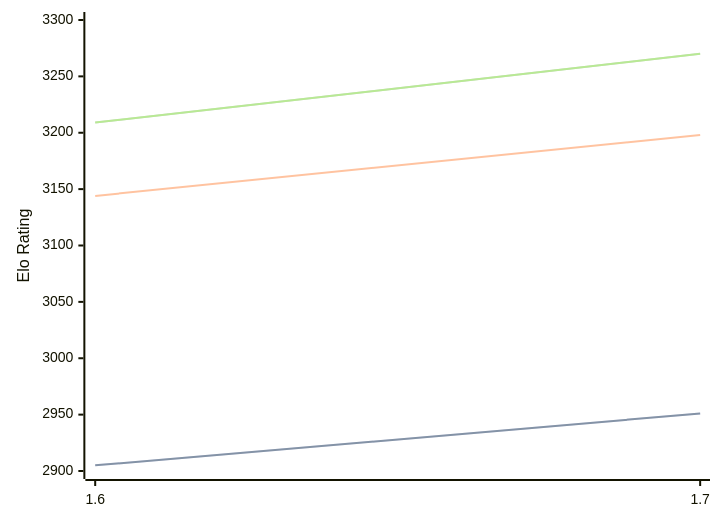
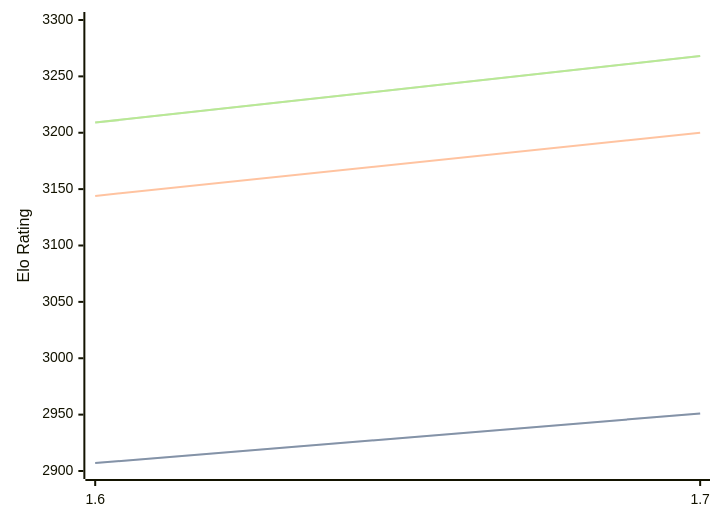
One commit to computer-chess-index/cci changed the diagram in engines/Bitbit.md. Above: the diagram before and after it, drawn with Mermaid. The commit also changed other lines of this file, not shown here.

Commit message:
Update CCI Ratings (ELO VLTC) - 2026-09-09

````diff
--- a/engines/Bitbit.md
+++ b/engines/Bitbit.md
@@ -32,11 +32,11 @@
 ```mermaid
 %%{init: {"theme":"base","themeVariables":{"seriesColors:['#a3a3a3','#222221','#faa371']}}}%%
 xychart-beta
   x-axis ["1.6", "1.7"]
   y-axis "Elo Rating" 2900 --> 3300
-  line "" [2905, 2951]
-  line "STC (8.0+0.08s)" [2905, 2951]
-  line "LTC (60.0+0.60s)" [3144, 3198]
-  line "" [3209, 3270]
-  line "VLTC (2m24s+1.12s)" [3209, 3270]
+  line "" [2907, 2951]
+  line "STC (8.0+0.08s)" [2907, 2951]
+  line "LTC (60.0+0.60s)" [3144, 3200]
+  line "" [3209, 3268]
+  line "VLTC (2m24s+1.12s)" [3209, 3268]
 ```
````
